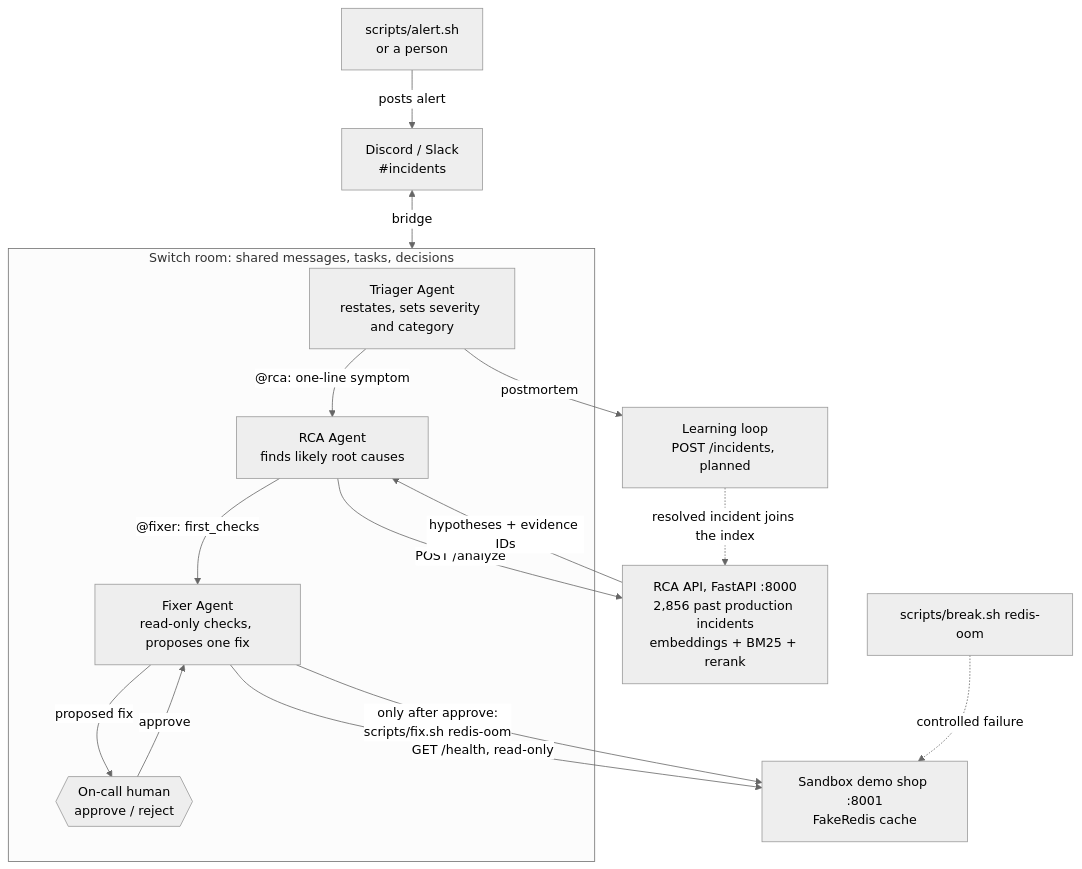
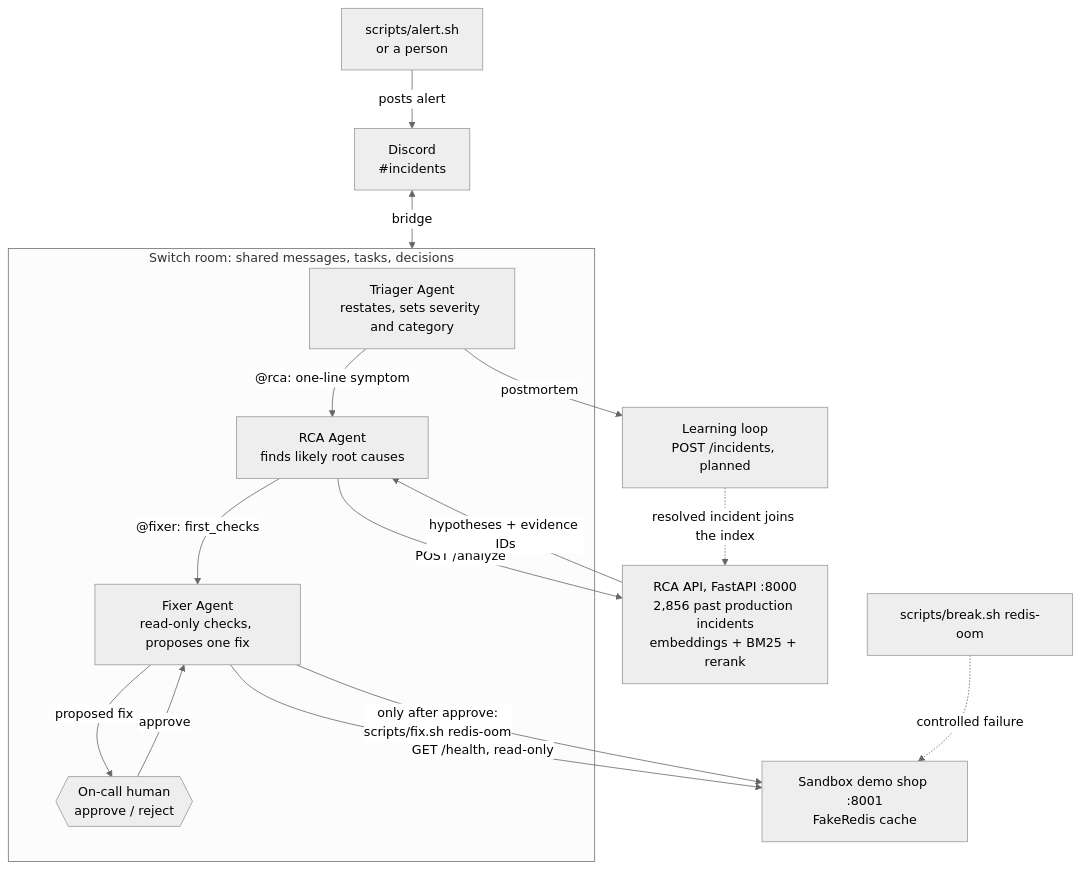
Before and after one commit to Navjot-kr-Singh/RCA: the diagram in docs/architecture.md, drawn with Mermaid (neutral theme).

Commit message:
Update alert source in architecture diagram

````diff
--- a/docs/architecture.md
+++ b/docs/architecture.md
@@ -3,24 +3,24 @@
 ```mermaid
 flowchart TB
-    alert["scripts/alert.sh<br/>or a person"] -->|"posts alert"| chat["Discord / Slack<br/>#incidents"]
+    alert["scripts/alert.sh<br/>or a person"] -->|"posts alert"| chat["Discord<br/>#incidents"]
     chat <-->|"bridge"| room
 
     subgraph room["Switch room: shared messages, tasks, decisions"]
         triager["Triager Agent<br/>restates, sets severity and category"]
         rca["RCA Agent<br/>finds likely root causes"]
         fixer["Fixer Agent<br/>read-only checks, proposes one fix"]
         human{{"On-call human<br/>approve / reject"}}
         triager -->|"@rca: one-line symptom"| rca
         rca -->|"@fixer: first_checks"| fixer
         fixer -->|"proposed fix"| human
         human -->|"approve"| fixer
     end
 
     rca -->|"POST /analyze"| api["RCA API, FastAPI :8000<br/>2,856 past production incidents<br/>embeddings + BM25 + rerank"]
     api -->|"hypotheses + evidence IDs"| rca
     fixer -->|"GET /health, read-only"| shop["Sandbox demo shop :8001<br/>FakeRedis cache"]
     fixer -->|"only after approve:<br/>scripts/fix.sh redis-oom"| shop
     breaksh["scripts/break.sh redis-oom"] -.->|"controlled failure"| shop
     triager -->|"postmortem"| learn["Learning loop<br/>POST /incidents, planned"]
     learn -.->|"resolved incident joins the index"| api
 ```
````
